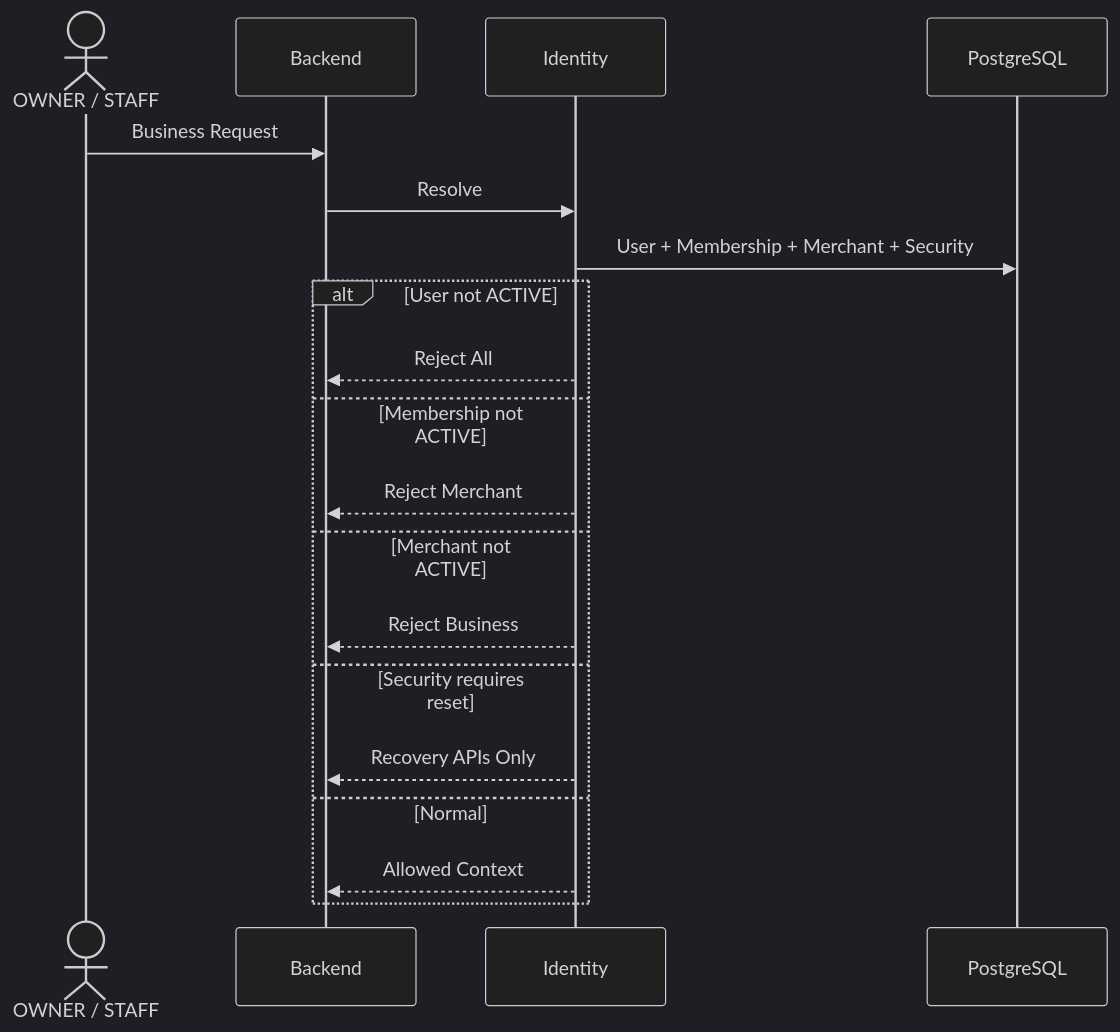
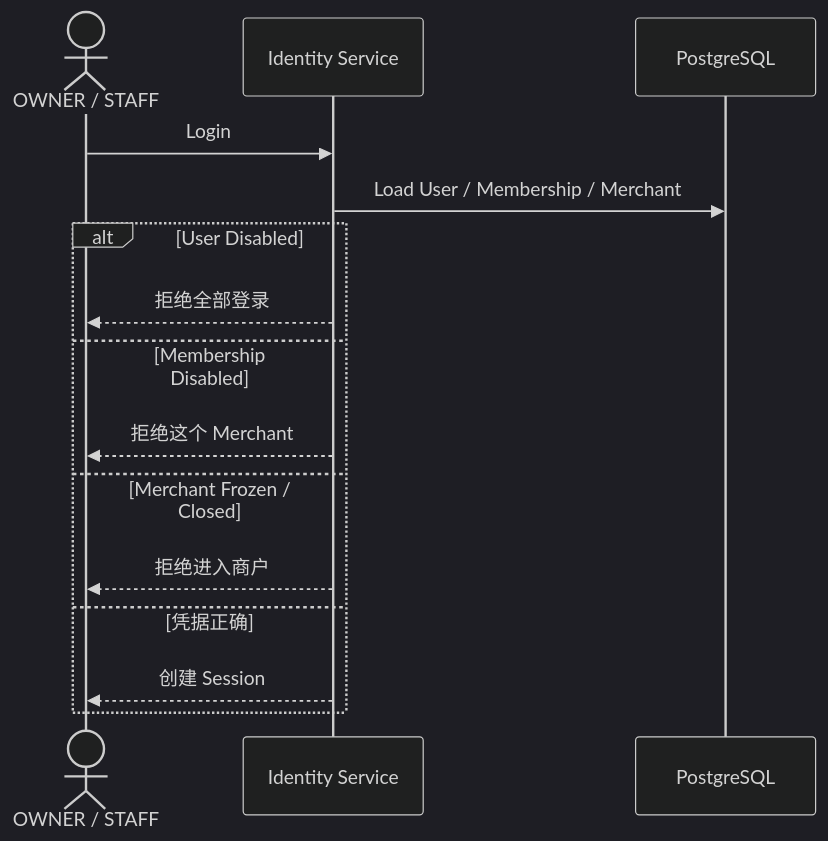
The first of 6 diagrams in docs/system-design/01-账户与身份/06-账号状态与商户成员关系.md (sxyq/mastergoods), drawn with Mermaid (dark theme) before and after one commit. The commit also changed other lines of this file and 12 other files, not shown here.

Commit message:
docs(system-design): sync detailed design and explain flows

````diff
--- a/docs/system-design/01-账户与身份/06-账号状态与商户成员关系.md
+++ b/docs/system-design/01-账户与身份/06-账号状态与商户成员关系.md
@@ -92,23 +33,19 @@
 ```mermaid
 sequenceDiagram
     actor U as OWNER / STAFF
-    participant API as Backend
-    participant IAM as Identity
+    participant IAM as Identity Service
     participant DB as PostgreSQL
 
-    U->>API: Business Request
-    API->>IAM: Resolve
-    IAM->>DB: User + Membership + Merchant + Security
+    U->>IAM: Login
+    IAM->>DB: Load User / Membership / Merchant
 
-    alt User not ACTIVE
-        IAM-->>API: Reject All
-    else Membership not ACTIVE
-        IAM-->>API: Reject Merchant
-    else Merchant not ACTIVE
-        IAM-->>API: Reject Business
-    else Security requires reset
-        IAM-->>API: Recovery APIs Only
-    else Normal
-        IAM-->>API: Allowed Context
+    alt User Disabled
+        IAM-->>U: 拒绝全部登录
+    else Membership Disabled
+        IAM-->>U: 拒绝这个 Merchant
+    else Merchant Frozen / Closed
+        IAM-->>U: 拒绝进入商户
+    else 凭据正确
+        IAM-->>U: 创建 Session
     end
 ```
````
